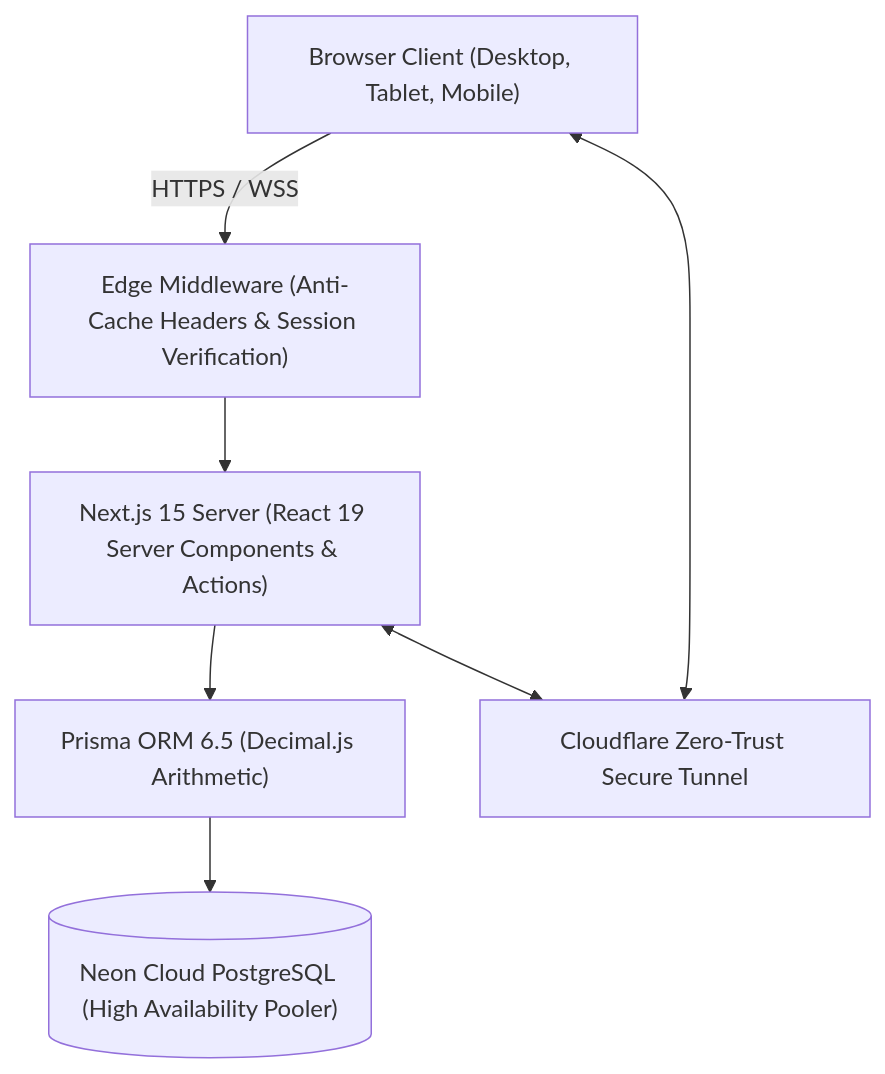
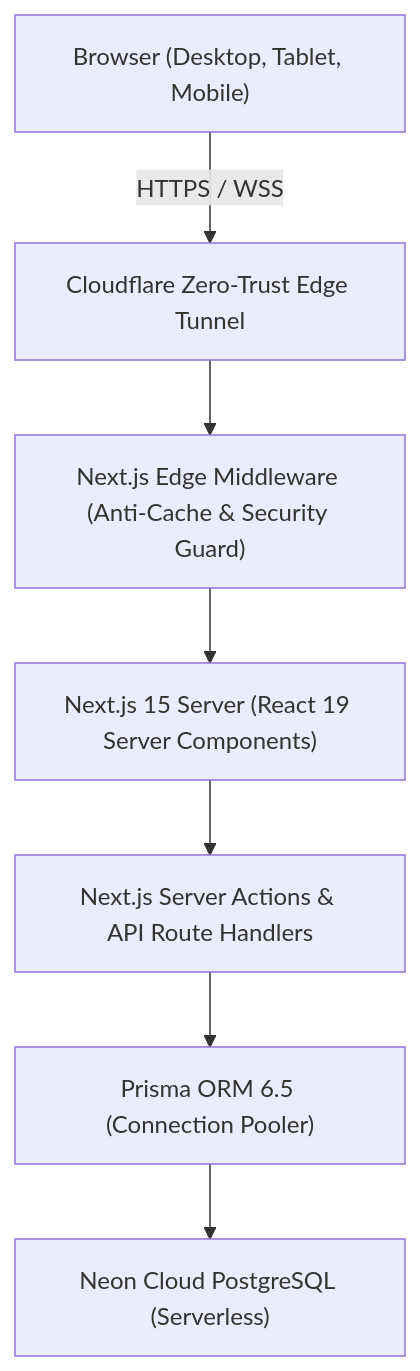
The first of 2 diagrams in PROJECT_DOCUMENTATION.md (standardroofs-bot/standardroofs-accounting-software), drawn with Mermaid before and after one commit. The commit also changed other lines of this file and 1 other file, not shown here.

Commit message:
docs: complete exhaustive A to Z operations manual and project architecture documentation

````diff
--- a/PROJECT_DOCUMENTATION.md
+++ b/PROJECT_DOCUMENTATION.md
@@ -38,16 +42,17 @@
 ```mermaid
-flowchart TD
-    Client["Browser Client (Desktop, Tablet, Mobile)"]
-    Edge["Edge Middleware (Anti-Cache Headers & Session Verification)"]
-    NextServer["Next.js 15 Server (React 19 Server Components & Actions)"]
-    Prisma["Prisma ORM 6.5 (Decimal.js Arithmetic)"]
-    NeonDB[("Neon Cloud PostgreSQL (High Availability Pooler)")]
-    Tunnel["Cloudflare Zero-Trust Secure Tunnel"]
+graph TD
+    Client["Browser (Desktop, Tablet, Mobile)"]
+    CF["Cloudflare Zero-Trust Edge Tunnel"]
+    MW["Next.js Edge Middleware (Anti-Cache & Security Guard)"]
+    RSC["Next.js 15 Server (React 19 Server Components)"]
+    SA["Next.js Server Actions & API Route Handlers"]
+    Prisma["Prisma ORM 6.5 (Connection Pooler)"]
+    Neon["Neon Cloud PostgreSQL (Serverless)"]
 
-    Client -->|HTTPS / WSS| Edge
-    Edge --> NextServer
-    NextServer --> Prisma
-    Prisma --> NeonDB
-    NextServer <--> Tunnel
-    Tunnel <--> Client
+    Client -->|HTTPS / WSS| CF
+    CF --> MW
+    MW --> RSC
+    RSC --> SA
+    SA --> Prisma
+    Prisma --> Neon
 ```
````
